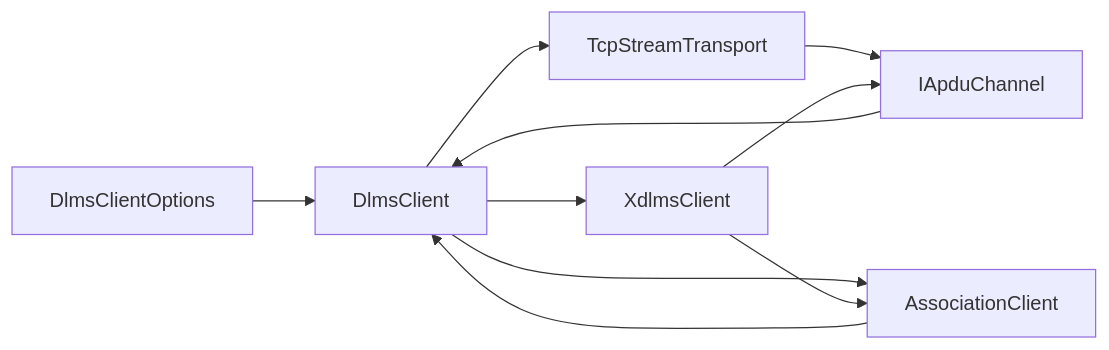
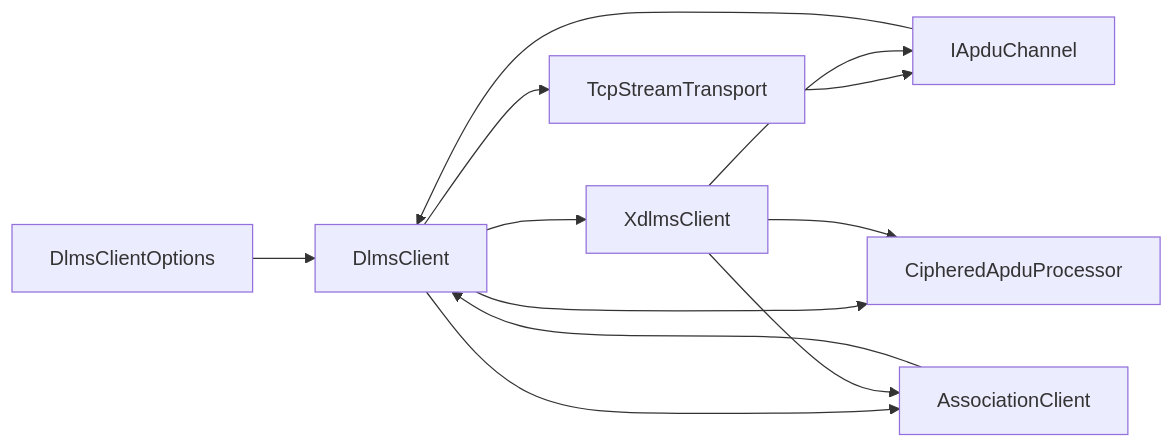
The second of 5 diagrams in docs/02_client_architecture.md (gvtret/dlms-client), drawn with Mermaid before and after one commit. The commit also changed other lines of this file and 4 other files, not shown here.

First line of the commit message:
docs(client): define security options

````diff
--- a/docs/02_client_architecture.md
+++ b/docs/02_client_architecture.md
@@ -39,19 +41,22 @@
 ```mermaid
 flowchart LR
   Options["DlmsClientOptions"]
   Client["DlmsClient"]
   Stream["TcpStreamTransport"]
   Channel["IApduChannel"]
   Association["AssociationClient"]
+  Security["CipheredApduProcessor"]
   Services["XdlmsClient"]
 
   Options --> Client
   Client --> Stream
   Stream --> Channel
   Channel --> Client
   Association --> Client
   Client --> Association
+  Client --> Security
   Client --> Services
   Services --> Channel
   Services --> Association
+  Services --> Security
 ```
````
